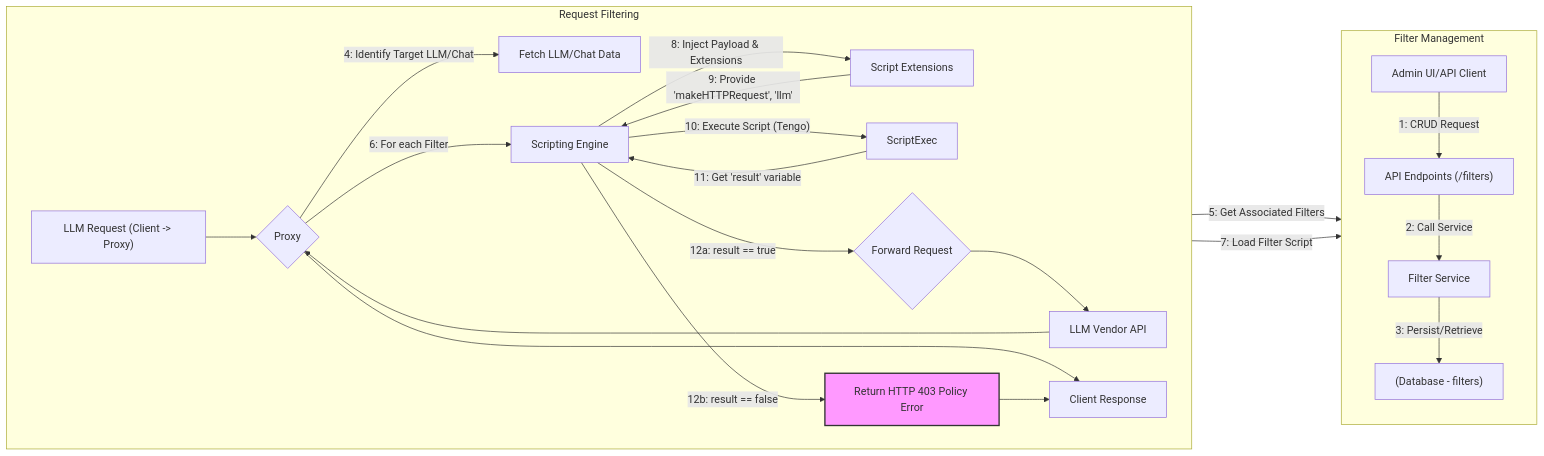
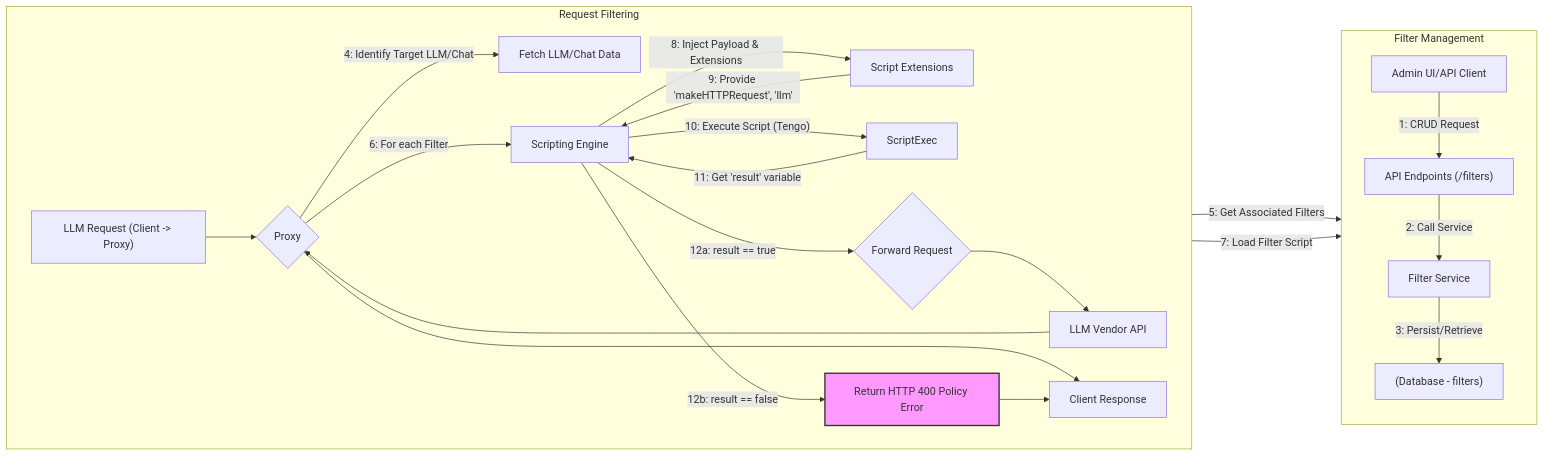
The diagram in features/Filters.md (TykTechnologies/ai-studio), drawn with Mermaid before and after one commit. The commit also changed other lines of this file and 126 other files, not shown here.

````diff
--- a/features/Filters.md
+++ b/features/Filters.md
@@ -42,30 +42,30 @@
 ```mermaid
 flowchart LR
     subgraph Filter Management
         direction TB
         AdminUI["Admin UI/API Client"] -- "1: CRUD Request" --> API["API Endpoints (/filters)"];
         API -- "2: Call Service" --> SVC["Filter Service"];
         SVC -- "3: Persist/Retrieve" --> DB["(Database - filters)"];
     end
 
     subgraph Request Filtering
         direction LR
         A["LLM Request (Client -> Proxy)"] --> B{Proxy};
         B -- "4: Identify Target LLM/Chat" --> C["Fetch LLM/Chat Data"];
         C -- "5: Get Associated Filters" --> DB;
         B -- "6: For each Filter" --> D["Scripting Engine"];
         D -- "7: Load Filter Script" --> DB;
         D -- "8: Inject Payload & Extensions" --> SE["Script Extensions"];
         SE -- "9: Provide 'makeHTTPRequest', 'llm'" --> D;
         D -- "10: Execute Script (Tengo)" --> ScriptExec;
         ScriptExec -- "11: Get 'result' variable" --> D;
         D -- "12a: result == true" --> E{Forward Request};
-        D -- "12b: result == false" --> F["Return HTTP 403 Policy Error"];
+        D -- "12b: result == false" --> F["Return HTTP 400 Policy Error"];
         E --> G["LLM Vendor API"];
         G --> B;
         B --> H["Client Response"];
         F --> H;
     end
 
     style F fill:#f9f,stroke:#333,stroke-width:2px
 ```
````
